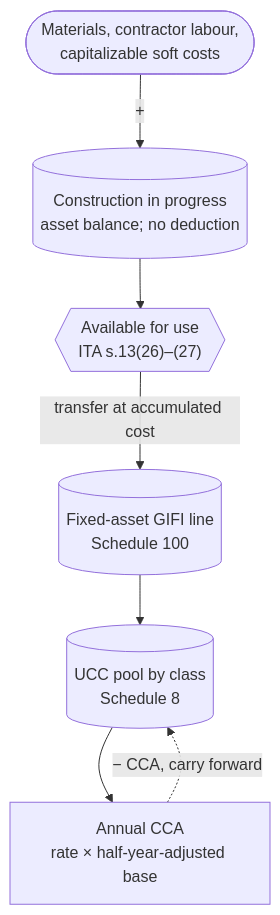
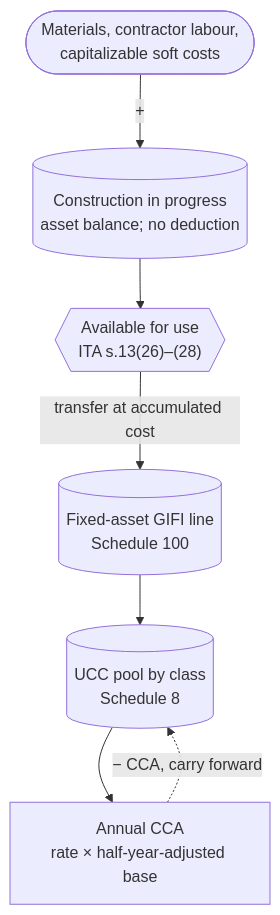
One commit to alexoooo/canadian-corp-info changed the first of 2 diagrams in guide/Cost-Recovery/Materials-And-CIP.md. Above: the diagram before and after it, drawn with Mermaid. The commit also changed other lines of this file and 21 other files, not shown here.

````diff
--- a/guide/Cost-Recovery/Materials-And-CIP.md
+++ b/guide/Cost-Recovery/Materials-And-CIP.md
@@ -89,16 +89,16 @@
 ```mermaid
 flowchart TB
     Mat(["Materials, contractor labour,<br/>capitalizable soft costs"])
     CIP[("Construction in progress<br/>asset balance; no deduction")]
-    Trigger{{"Available for use<br/>ITA s.13(26)–(27)"}}
+    Trigger{{"Available for use<br/>ITA s.13(26)–(28)"}}
     Fixed[("Fixed-asset GIFI line<br/>Schedule 100")]
     UCC[("UCC pool by class<br/>Schedule 8")]
     CCA["Annual CCA<br/>rate × half-year-adjusted base"]
 
     Mat -->|"+"| CIP
     CIP --> Trigger
     Trigger -->|"transfer at accumulated cost"| Fixed
     Fixed --> UCC
     UCC --> CCA
     CCA -.->|"− CCA, carry forward"| UCC
 ```
````
